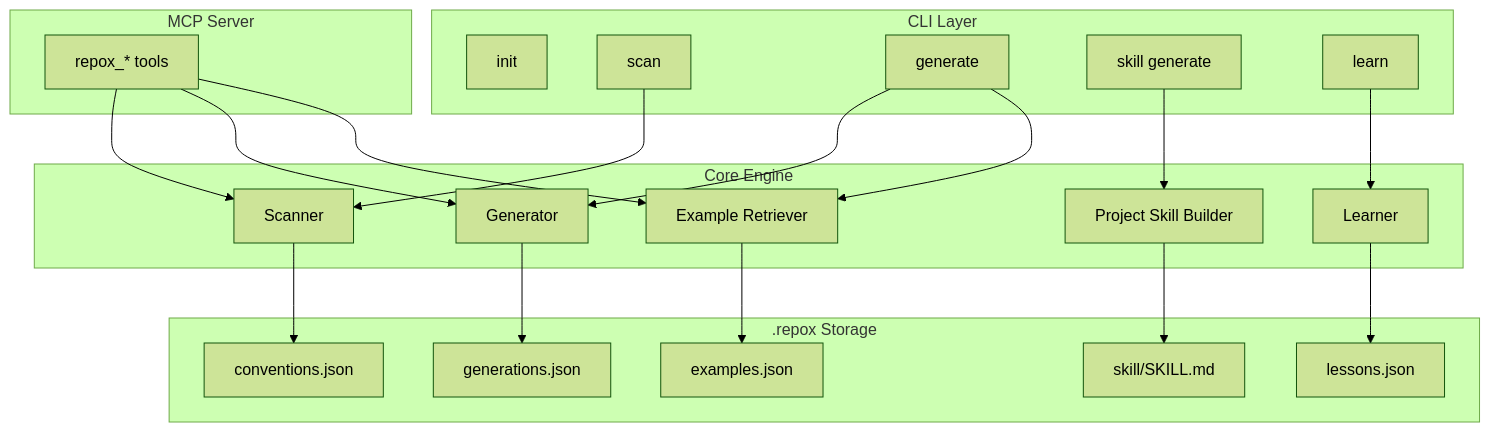
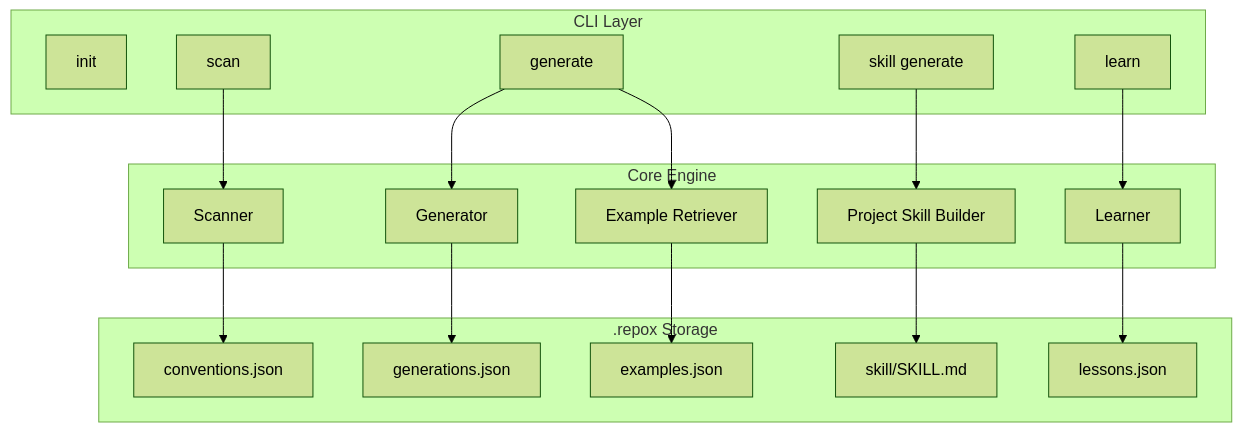
The second of 2 diagrams in README.md (ChonlakanSutthimatmongkhol/repox), drawn with Mermaid (forest theme) before and after one commit. The commit also changed other lines of this file and 11 other files, not shown here.

````diff
--- a/README.md
+++ b/README.md
@@ -346,44 +253,37 @@
 ```mermaid
 graph TB
     subgraph CLI["CLI Layer"]
         CMD_INIT["init"]
         CMD_SCAN["scan"]
         CMD_GEN["generate"]
         CMD_SKILL["skill generate"]
         CMD_LEARN["learn"]
     end
 
     subgraph CORE["Core Engine"]
         SCANNER["Scanner"]
         GENERATOR["Generator"]
         RETRIEVER["Example Retriever"]
         SKILL["Project Skill Builder"]
         LEARNER["Learner"]
     end
 
-    subgraph MCP["MCP Server"]
-        TOOLS["repox_* tools"]
-    end
-
     subgraph STORAGE[".repox Storage"]
         CONV["conventions.json"]
         EXAMPLES["examples.json"]
         LESSONS["lessons.json"]
         GENS["generations.json"]
         SKILLMD["skill/SKILL.md"]
     end
 
     CMD_SCAN --> SCANNER
     CMD_GEN --> GENERATOR
     CMD_GEN --> RETRIEVER
     CMD_SKILL --> SKILL
     CMD_LEARN --> LEARNER
-    TOOLS --> SCANNER
-    TOOLS --> GENERATOR
-    TOOLS --> RETRIEVER
     SCANNER --> CONV
     RETRIEVER --> EXAMPLES
     LEARNER --> LESSONS
     GENERATOR --> GENS
     SKILL --> SKILLMD
 ```
````
